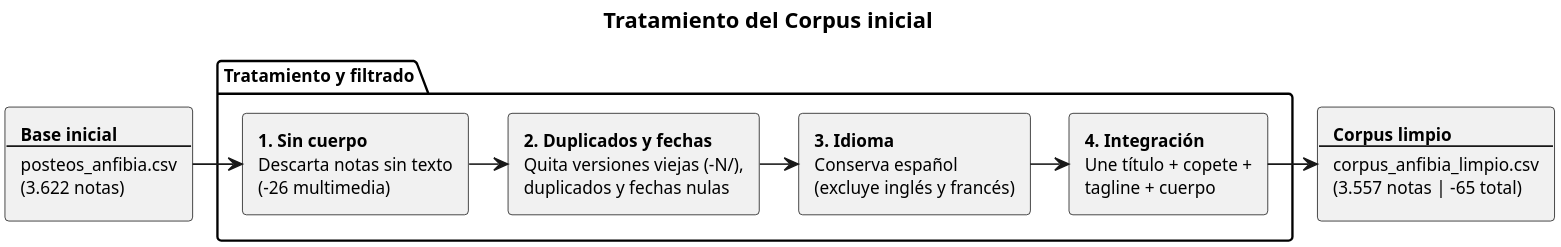
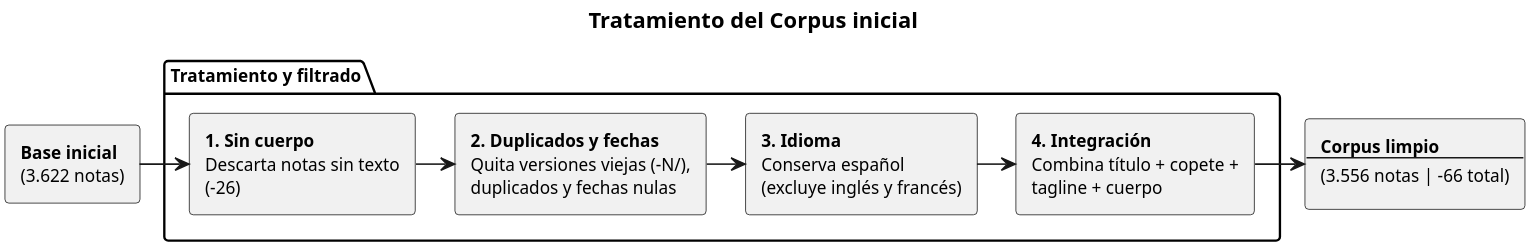
One commit to MauricioKreszczuk/anfibia-unsam changed the diagram in docs/UML/2.1.2.puml. Above: the diagram before and after it, drawn with PlantUML. The commit also changed 9 other files, not shown here.

```diff
--- a/docs/UML/2.1.2.puml
+++ b/docs/UML/2.1.2.puml
@@ -1,29 +1,29 @@
-@startuml docs/UML/2.1.2.png
+@startuml 2.1.2
 left to right direction
 skinparam dpi 300
 skinparam shadowing false
 skinparam backgroundColor white
 skinparam defaultFontSize 11
 skinparam nodesep 18
 skinparam ranksep 25
 
 title Tratamiento del Corpus inicial
 
-rectangle "<b>Base inicial</b>\n---\nposteos_anfibia.csv\n(3.622 notas)" as in
+rectangle "<b>Base inicial</b>\n(3.622 notas)" as in
 
 package "Tratamiento y filtrado" {
-  rectangle "<b>1. Sin cuerpo</b>\nDescarta notas sin texto\n(-26 multimedia)" as f1
+  rectangle "<b>1. Sin cuerpo</b>\nDescarta notas sin texto\n(-26)" as f1
   rectangle "<b>2. Duplicados y fechas</b>\nQuita versiones viejas (-N/),\nduplicados y fechas nulas" as f2
   rectangle "<b>3. Idioma</b>\nConserva español\n(excluye inglés y francés)" as f3
-  rectangle "<b>4. Integración</b>\nUne título + copete +\ntagline + cuerpo" as f4
+  rectangle "<b>4. Integración</b>\nCombina título + copete +\ntagline + cuerpo" as f4
 }
 
-rectangle "<b>Corpus limpio</b>\n---\ncorpus_anfibia_limpio.csv\n(3.557 notas | -65 total)" as out
+rectangle "<b>Corpus limpio</b>\n---\n(3.556 notas | -66 total)" as out
 
 in --> f1
 f1 --> f2
 f2 --> f3
 f3 --> f4
 f4 --> out
 
 @enduml
```
